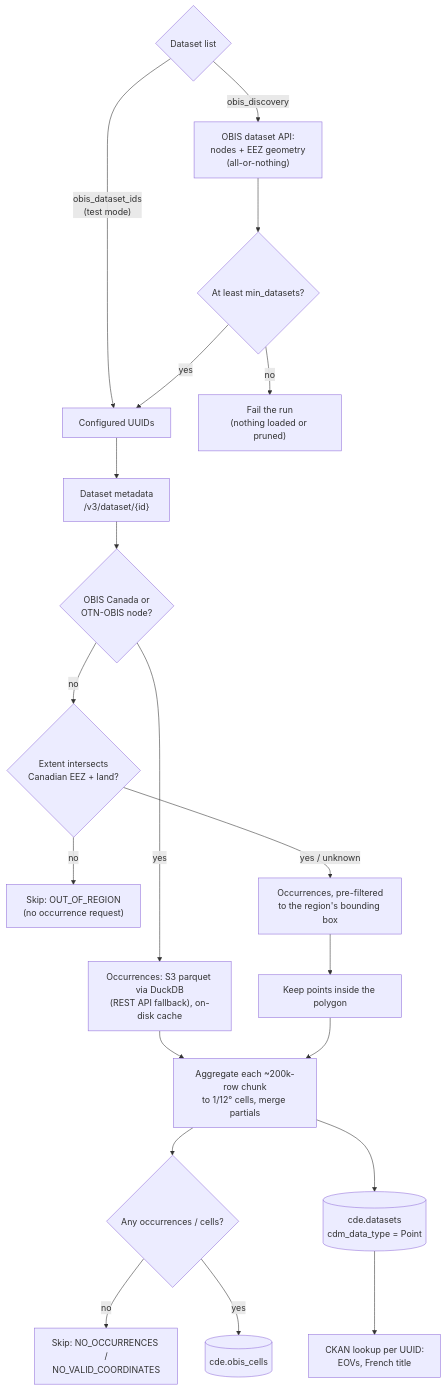
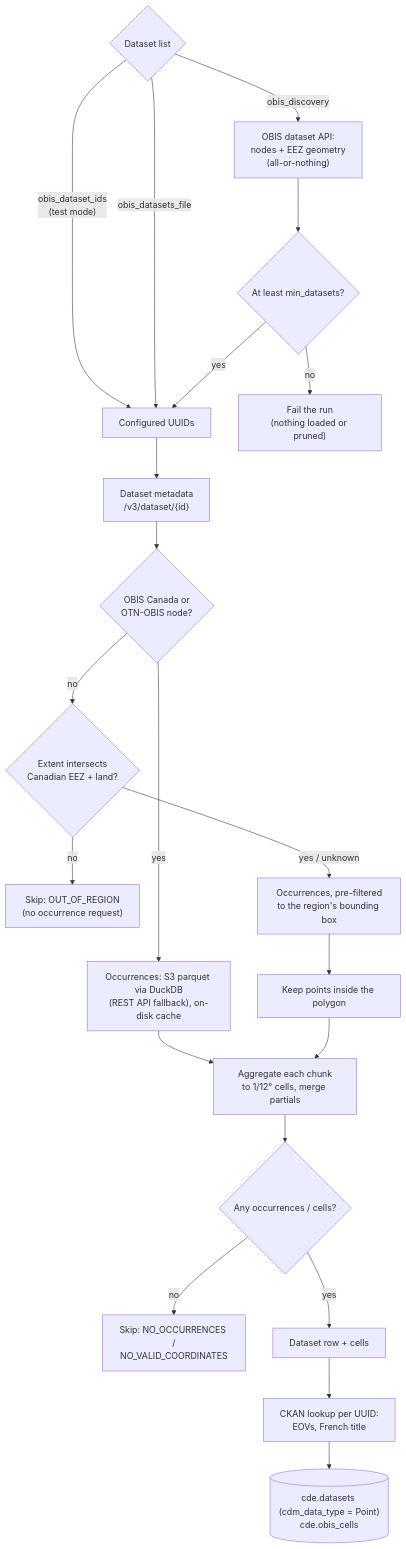
One commit to cioos-siooc/explore-cioos changed the diagram in docs/harvesting/obis.md. Above: the diagram before and after it, drawn with Mermaid. The commit also changed other lines of this file and 2 other files, not shown here.

First line of the commit message:
docs(harvest): align the workflow, ERDDAP and OBIS docs with the code

````diff
--- a/docs/harvesting/obis.md
+++ b/docs/harvesting/obis.md
@@ -20,22 +20,23 @@
 ```mermaid
 flowchart TD
     cfg{"Dataset list"} -- "obis_dataset_ids<br/>(test mode)" --> list["Configured UUIDs"]
     cfg -- obis_discovery --> disc["OBIS dataset API:<br/>nodes + EEZ geometry<br/>(all-or-nothing)"]
+    cfg -- obis_datasets_file --> list
     disc --> floor{"At least min_datasets?"}
     floor -- no --> fail["Fail the run<br/>(nothing loaded or pruned)"]
     floor -- yes --> list
     list --> meta["Dataset metadata<br/>/v3/dataset/{id}"]
     meta --> exempt{"OBIS Canada or<br/>OTN-OBIS node?"}
     exempt -- yes --> occ["Occurrences: S3 parquet via DuckDB<br/>(REST API fallback), on-disk cache"]
     exempt -- no --> extent{"Extent intersects<br/>Canadian EEZ + land?"}
     extent -- no --> out["Skip: OUT_OF_REGION<br/>(no occurrence request)"]
     extent -- "yes / unknown" --> occbox["Occurrences, pre-filtered<br/>to the region's bounding box"]
     occbox --> clip["Keep points inside the polygon"]
     occ --> agg
-    clip --> agg["Aggregate each ~200k-row chunk<br/>to 1/12° cells, merge partials"]
+    clip --> agg["Aggregate each chunk<br/>to 1/12° cells, merge partials"]
     agg --> none{"Any occurrences / cells?"}
     none -- no --> skip["Skip: NO_OCCURRENCES /<br/>NO_VALID_COORDINATES"]
-    none -- yes --> cells[("cde.obis_cells")]
-    agg --> ds[("cde.datasets<br/>cdm_data_type = Point")]
+    none -- yes --> ds["Dataset row + cells"]
     ds --> ckan["CKAN lookup per UUID:<br/>EOVs, French title"]
+    ckan --> tables[("cde.datasets (cdm_data_type = Point)<br/>cde.obis_cells")]
 ```
````
